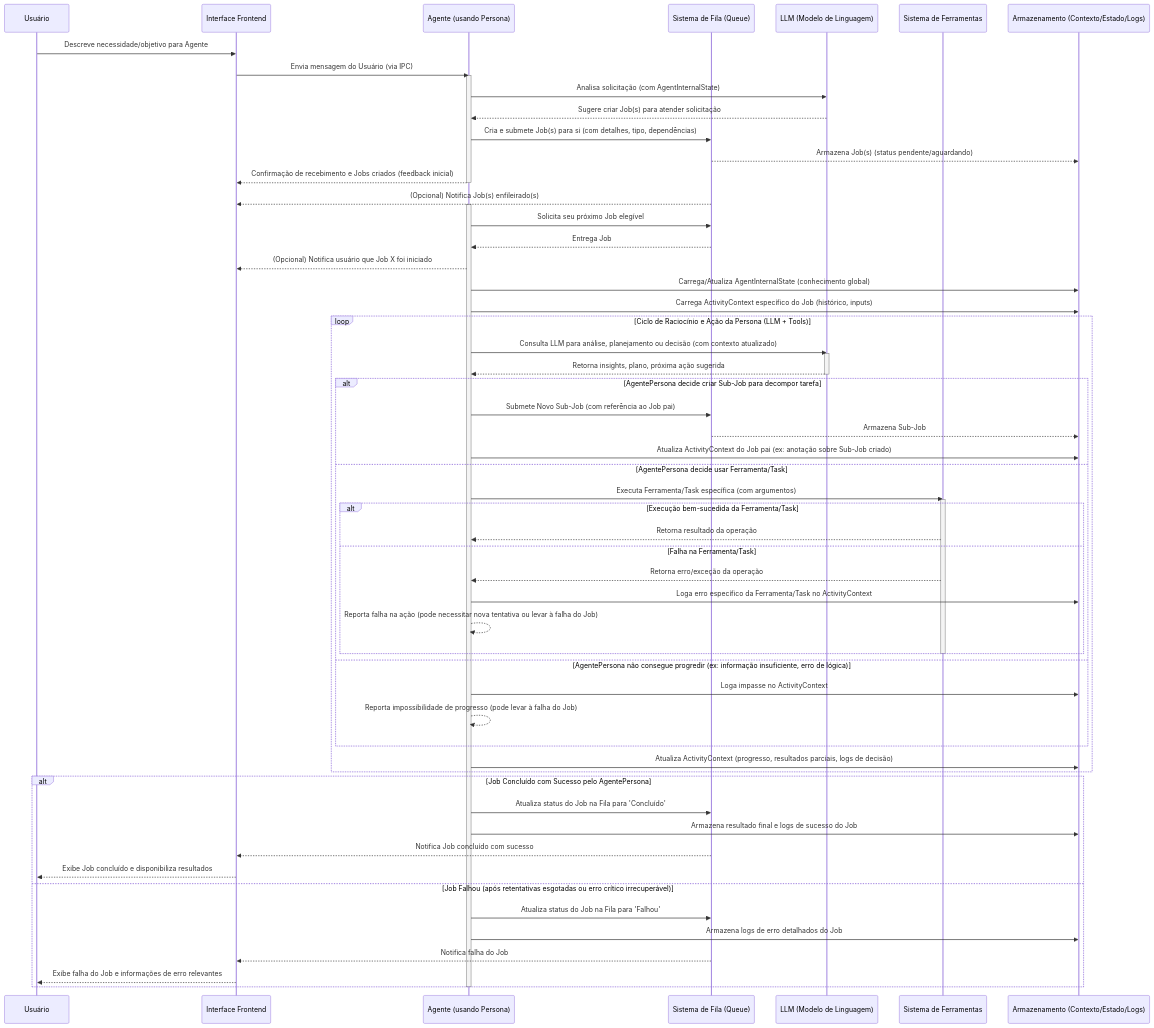
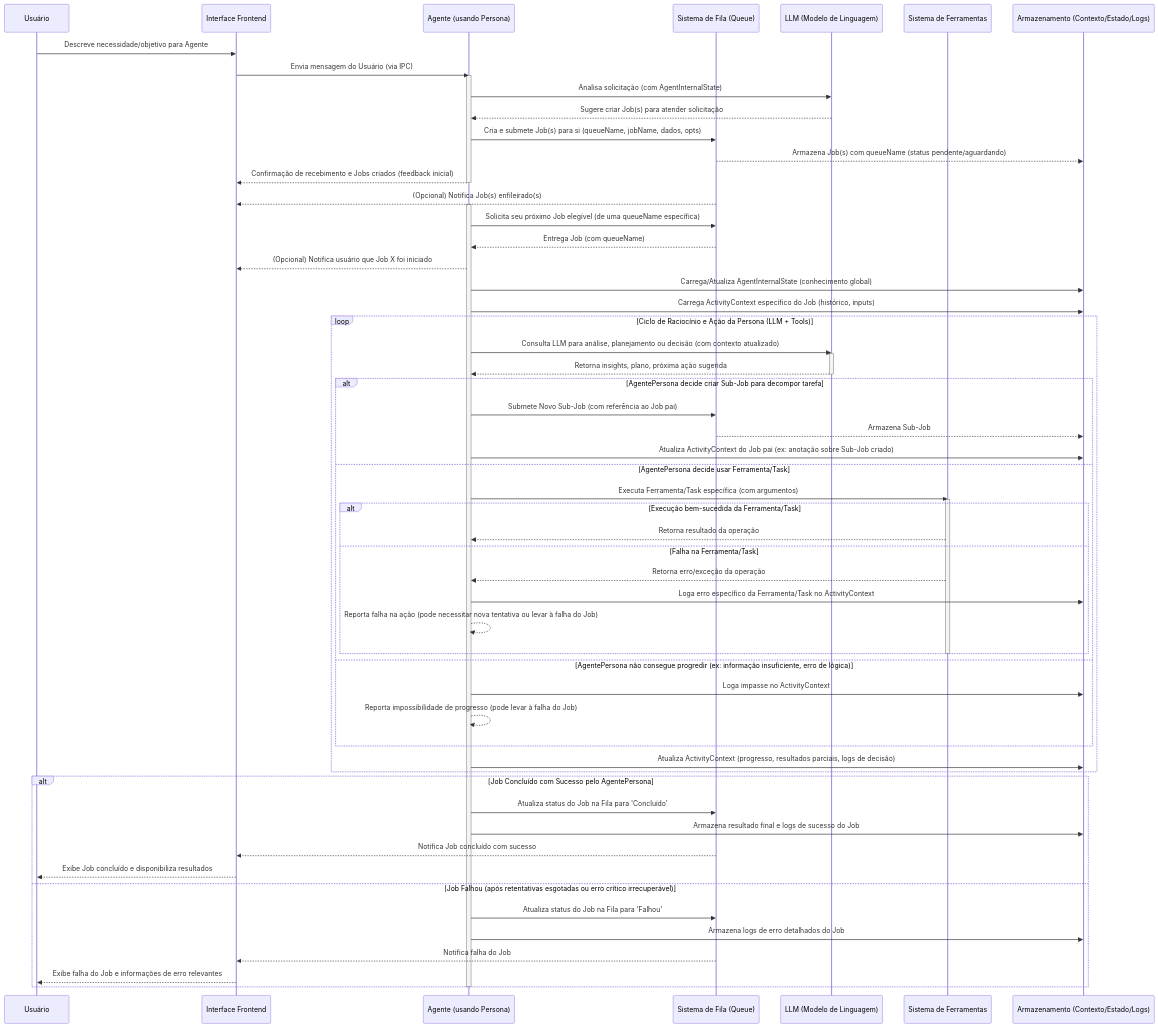
One commit to HD220/project-wiz changed the first of 3 diagrams in docs/new_docs/briefing/03_diagramas_fluxo_sugerido.md. Above: the diagram before and after it, drawn with Mermaid. The commit also changed other lines of this file and 7 other files, not shown here.

````diff
--- a/docs/new_docs/briefing/03_diagramas_fluxo_sugerido.md
+++ b/docs/new_docs/briefing/03_diagramas_fluxo_sugerido.md
@@ -18,72 +18,72 @@
     ```mermaid
     sequenceDiagram
         participant Usuário
         participant Frontend as Interface Frontend
         participant AgentePersona as Agente (usando Persona)
         participant Fila as Sistema de Fila (Queue)
         participant LLM as LLM (Modelo de Linguagem)
         participant Ferramentas as Sistema de Ferramentas
         participant Dados as Armazenamento (Contexto/Estado/Logs)
 
         Usuário->>Frontend: Descreve necessidade/objetivo para Agente
         Frontend->>AgentePersona: Envia mensagem do Usuário (via IPC)
         activate AgentePersona
         AgentePersona->>LLM: Analisa solicitação (com AgentInternalState)
         LLM-->>AgentePersona: Sugere criar Job(s) para atender solicitação
-        AgentePersona->>Fila: Cria e submete Job(s) para si (com detalhes, tipo, dependências)
-        Fila-->>Dados: Armazena Job(s) (status pendente/aguardando)
+        AgentePersona->>Fila: Cria e submete Job(s) para si (queueName, jobName, dados, opts)
+        Fila-->>Dados: Armazena Job(s) com queueName (status pendente/aguardando)
         AgentePersona-->>Frontend: Confirmação de recebimento e Jobs criados (feedback inicial)
         deactivate AgentePersona
 
         Fila-->>Frontend: (Opcional) Notifica Job(s) enfileirado(s)
 
         %% Loop de processamento do Agente (Worker)
         activate AgentePersona
-        AgentePersona->>Fila: Solicita seu próximo Job elegível
-        Fila-->>AgentePersona: Entrega Job
+        AgentePersona->>Fila: Solicita seu próximo Job elegível (de uma queueName específica)
+        Fila-->>AgentePersona: Entrega Job (com queueName)
         AgentePersona-->>Frontend: (Opcional) Notifica usuário que Job X foi iniciado
 
         AgentePersona->>Dados: Carrega/Atualiza AgentInternalState (conhecimento global)
         AgentePersona->>Dados: Carrega ActivityContext específico do Job (histórico, inputs)
 
         loop Ciclo de Raciocínio e Ação da Persona (LLM + Tools)
             AgentePersona->>LLM: Consulta LLM para análise, planejamento ou decisão (com contexto atualizado)
             activate LLM
             LLM-->>AgentePersona: Retorna insights, plano, próxima ação sugerida
             deactivate LLM
 
             alt AgentePersona decide criar Sub-Job para decompor tarefa
                 AgentePersona->>Fila: Submete Novo Sub-Job (com referência ao Job pai)
                 Fila-->>Dados: Armazena Sub-Job
                 AgentePersona->>Dados: Atualiza ActivityContext do Job pai (ex: anotação sobre Sub-Job criado)
             else AgentePersona decide usar Ferramenta/Task
                 AgentePersona->>Ferramentas: Executa Ferramenta/Task específica (com argumentos)
                 activate Ferramentas
                 alt Execução bem-sucedida da Ferramenta/Task
                     Ferramentas-->>AgentePersona: Retorna resultado da operação
                 else Falha na Ferramenta/Task
                     Ferramentas-->>AgentePersona: Retorna erro/exceção da operação
                     AgentePersona->>Dados: Loga erro específico da Ferramenta/Task no ActivityContext
                     AgentePersona-->>AgentePersona: Reporta falha na ação (pode necessitar nova tentativa ou levar à falha do Job)
                 end
                 deactivate Ferramentas
             else AgentePersona não consegue progredir (ex: informação insuficiente, erro de lógica)
                  AgentePersona->>Dados: Loga impasse no ActivityContext
                  AgentePersona-->>AgentePersona: Reporta impossibilidade de progresso (pode levar à falha do Job)
             end
             AgentePersona->>Dados: Atualiza ActivityContext (progresso, resultados parciais, logs de decisão)
         end
 
         alt Job Concluído com Sucesso pelo AgentePersona
             AgentePersona->>Fila: Atualiza status do Job na Fila para 'Concluído'
             AgentePersona->>Dados: Armazena resultado final e logs de sucesso do Job
             Fila-->>Frontend: Notifica Job concluído com sucesso
             Frontend-->>Usuário: Exibe Job concluído e disponibiliza resultados
         else Job Falhou (após retentativas esgotadas ou erro crítico irrecuperável)
             AgentePersona->>Fila: Atualiza status do Job na Fila para 'Falhou'
             AgentePersona->>Dados: Armazena logs de erro detalhados do Job
             Fila-->>Frontend: Notifica falha do Job
             Frontend-->>Usuário: Exibe falha do Job e informações de erro relevantes
         end
         deactivate AgentePersona
     ```
````
